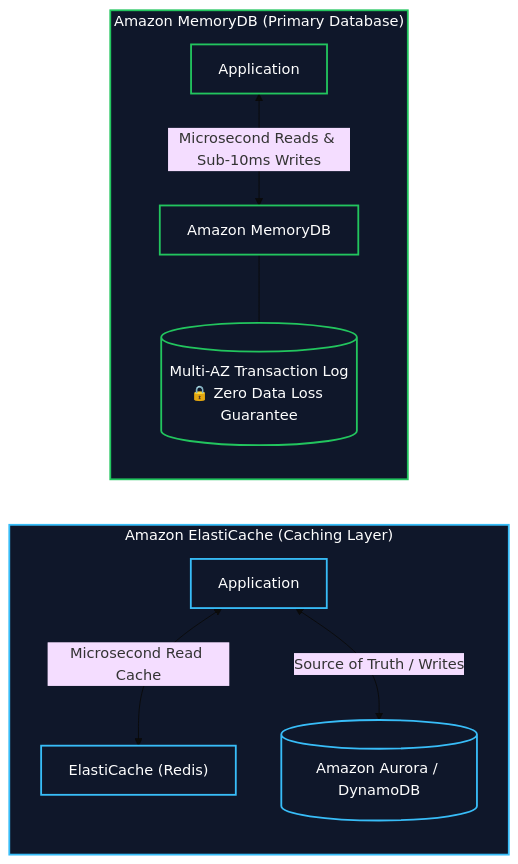
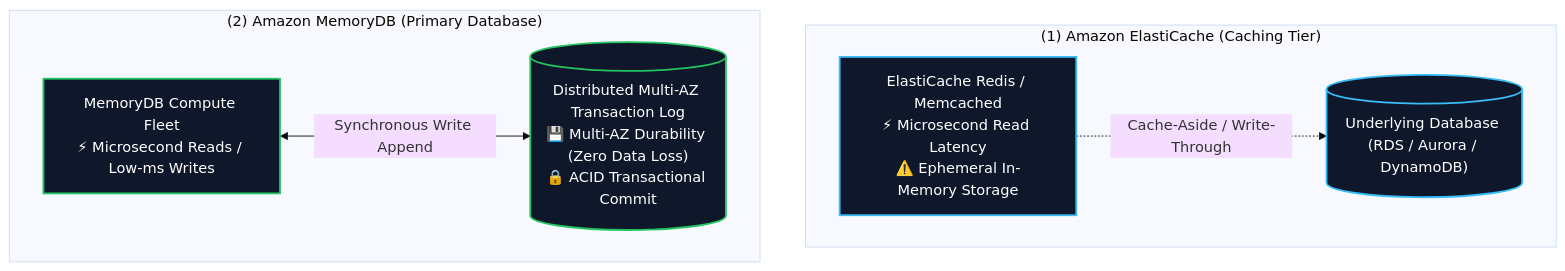
One commit to Wathon/aws-dea-c01-note changed the second of 6 diagrams in content/mm/02-services/database/nosql-specialized-databases.md. Above: the diagram before and after it, drawn with Mermaid (base theme). The commit also changed other lines of this file and 41 other files, not shown here.

````diff
--- a/content/mm/02-services/database/nosql-specialized-databases.md
+++ b/content/mm/02-services/database/nosql-specialized-databases.md
@@ -62,18 +64,20 @@
 ```mermaid
-graph LR
-    subgraph ElastiCachePattern["Amazon ElastiCache (Caching Layer)"]
-        EC_App["Application"] <-->|"Microsecond Read Cache"| EC_Cluster["ElastiCache (Redis)"]
-        EC_App <-->|"Source of Truth / Writes"| RDS_DB[("Amazon Aurora / DynamoDB")]
+graph TB
+    subgraph ElastiCacheArch["(1) Amazon ElastiCache (Caching Tier)"]
+        EC_Node["ElastiCache Redis / Memcached<br/>⚡ Microsecond Read Latency<br/>⚠️ Ephemeral In-Memory Storage"]
+        RDS_Backing[("Underlying Database (RDS / Aurora / DynamoDB)")]
+        EC_Node -.->|"Cache-Aside / Write-Through"| RDS_Backing
     end
 
-    subgraph MemoryDBPattern["Amazon MemoryDB (Primary Database)"]
-        MDB_App["Application"] <-->|"Microsecond Reads & Sub-10ms Writes"| MDB_Cluster["Amazon MemoryDB"]
-        MDB_Cluster --- MDB_WAL[("Multi-AZ Transaction Log<br/>🔒 Zero Data Loss Guarantee")]
+    subgraph MemoryDBArch["(2) Amazon MemoryDB (Primary Database)"]
+        MDB_Compute["MemoryDB Compute Fleet<br/>⚡ Microsecond Reads / Low-ms Writes"]
+        MDB_TxLog[("Distributed Multi-AZ Transaction Log<br/>💾 Multi-AZ Durability (Zero Data Loss)<br/>🔒 ACID Transactional Commit")]
+        MDB_Compute <-->|"Synchronous Write Append"| MDB_TxLog
     end
 
     classDef ec fill:#0f172a,stroke:#38bdf8,stroke-width:2px,color:#fff;
     classDef mdb fill:#0f172a,stroke:#22c55e,stroke-width:2px,color:#fff;
 
-    class ElastiCachePattern,EC_App,EC_Cluster,RDS_DB ec;
-    class MemoryDBPattern,MDB_App,MDB_Cluster,MDB_WAL mdb;
+    class EC_Node,RDS_Backing ec;
+    class MDB_Compute,MDB_TxLog mdb;
 ```
````
